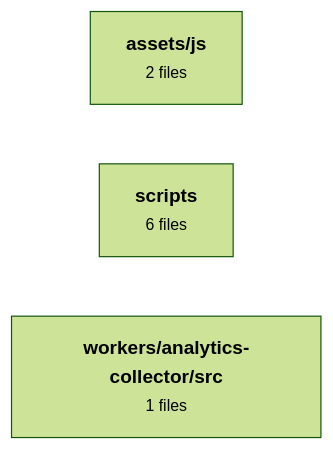
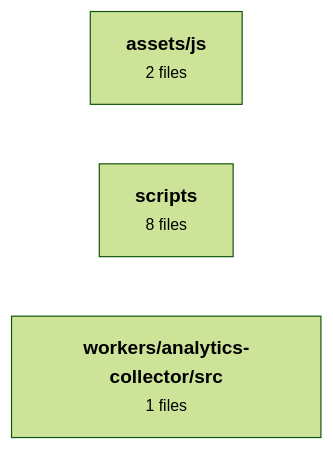
Before and after one commit to jehunlee302/CareerPage: the diagram in README.md, drawn with Mermaid (forest theme). The commit also changed 29 other files, not shown here.

````diff
--- a/README.md
+++ b/README.md
@@ -13,8 +13,8 @@
 ```mermaid
 flowchart LR
   n0["<b>assets/js</b><br/><small>2 files</small>"]
-  n1["<b>scripts</b><br/><small>6 files</small>"]
+  n1["<b>scripts</b><br/><small>8 files</small>"]
   n2["<b>workers/analytics-collector/src</b><br/><small>1 files</small>"]
   classDef ext stroke-dasharray:4 3,fill:transparent
   classDef link stroke-width:3px
 ```
````
